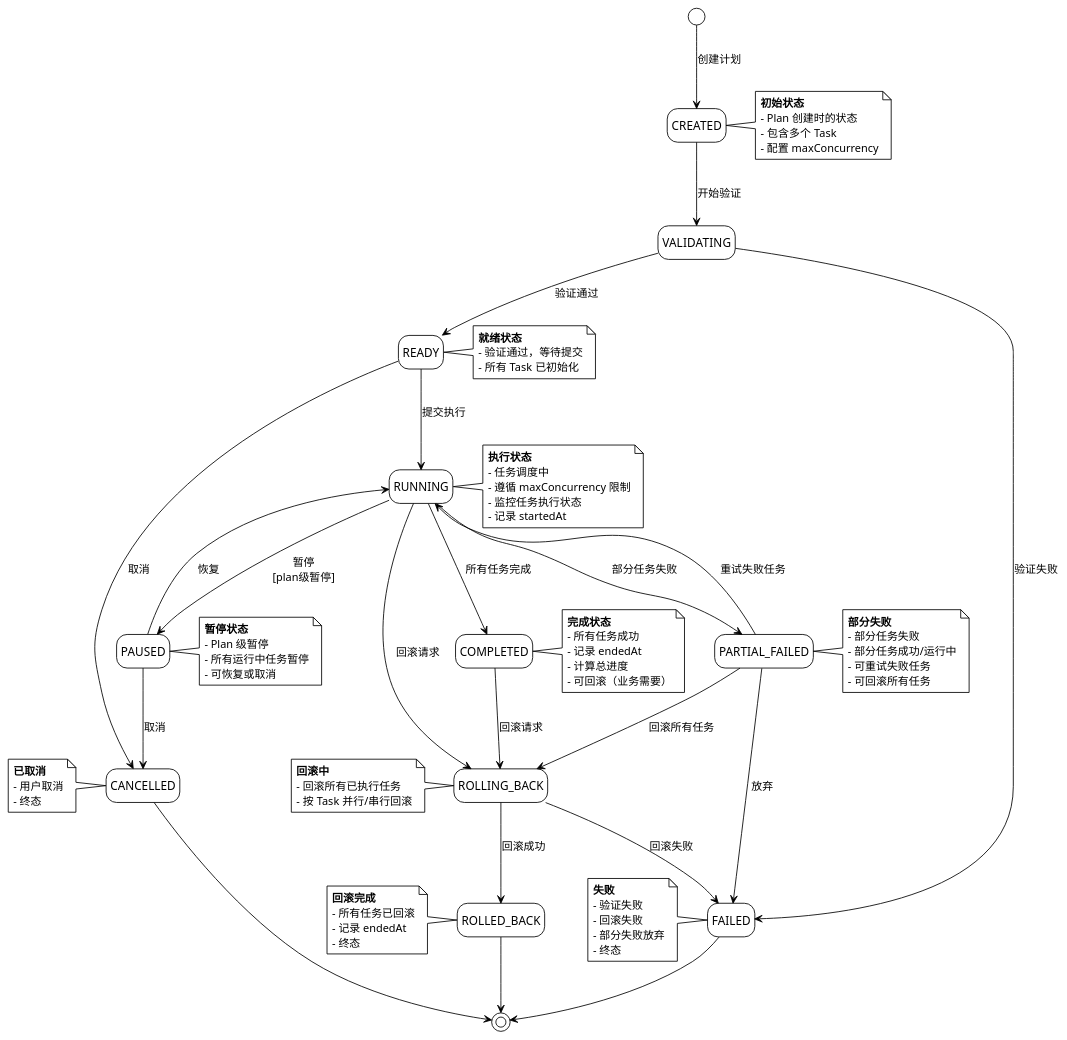
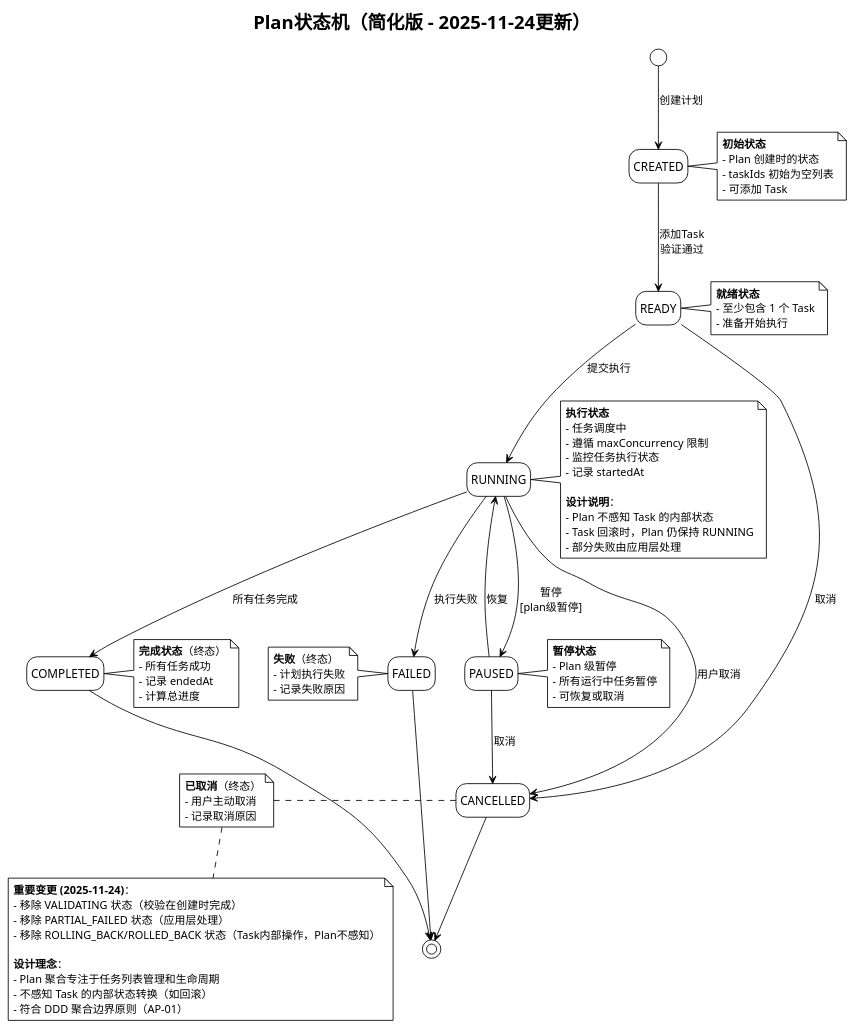
One commit to firestige/executor-demo changed the diagram in diagrams/07_state_plan.puml. Above: the diagram before and after it, drawn with PlantUML. The commit also changed 15 other files, not shown here.

```diff
--- a/diagrams/07_state_plan.puml
+++ b/diagrams/07_state_plan.puml
@@ -1,107 +1,90 @@
 @startuml Plan状态机
 !theme plain
 hide empty description
 
+title Plan状态机（简化版 - 2025-11-24更新）
+
 [*] --> CREATED : 创建计划
 
-CREATED --> VALIDATING : 开始验证
-
-VALIDATING --> FAILED : 验证失败
-VALIDATING --> READY : 验证通过
+CREATED --> READY : 添加Task\n验证通过
 
 READY --> RUNNING : 提交执行
 READY --> CANCELLED : 取消
 
 RUNNING --> PAUSED : 暂停\n[plan级暂停]
-RUNNING --> PARTIAL_FAILED : 部分任务失败
 RUNNING --> COMPLETED : 所有任务完成
-RUNNING --> ROLLING_BACK : 回滚请求
+RUNNING --> FAILED : 执行失败
+RUNNING --> CANCELLED : 用户取消
 
 PAUSED --> RUNNING : 恢复
 PAUSED --> CANCELLED : 取消
 
-PARTIAL_FAILED --> RUNNING : 重试失败任务
-PARTIAL_FAILED --> ROLLING_BACK : 回滚所有任务
-PARTIAL_FAILED --> FAILED : 放弃
-
-COMPLETED --> ROLLING_BACK : 回滚请求
-
-ROLLING_BACK --> ROLLED_BACK : 回滚成功
-ROLLING_BACK --> FAILED : 回滚失败
-
-ROLLED_BACK --> [*]
+COMPLETED --> [*]
 FAILED --> [*]
 CANCELLED --> [*]
 
 note right of CREATED
   **初始状态**
   - Plan 创建时的状态
-  - 包含多个 Task
-  - 配置 maxConcurrency
+  - taskIds 初始为空列表
+  - 可添加 Task
 end note
 
 note right of READY
   **就绪状态**
-  - 验证通过，等待提交
-  - 所有 Task 已初始化
+  - 至少包含 1 个 Task
+  - 准备开始执行
 end note
 
 note right of RUNNING
   **执行状态**
   - 任务调度中
   - 遵循 maxConcurrency 限制
   - 监控任务执行状态
   - 记录 startedAt
+
+  **设计说明**：
+  - Plan 不感知 Task 的内部状态
+  - Task 回滚时，Plan 仍保持 RUNNING
+  - 部分失败由应用层处理
 end note
 
 note right of PAUSED
   **暂停状态**
   - Plan 级暂停
   - 所有运行中任务暂停
   - 可恢复或取消
 end note
 
-note right of PARTIAL_FAILED
-  **部分失败**
-  - 部分任务失败
-  - 部分任务成功/运行中
-  - 可重试失败任务
-  - 可回滚所有任务
-end note
-
 note right of COMPLETED
-  **完成状态**
+  **完成状态**（终态）
   - 所有任务成功
   - 记录 endedAt
   - 计算总进度
-  - 可回滚（业务需要）
-end note
-
-note left of ROLLING_BACK
-  **回滚中**
-  - 回滚所有已执行任务
-  - 按 Task 并行/串行回滚
-end note
-
-note left of ROLLED_BACK
-  **回滚完成**
-  - 所有任务已回滚
-  - 记录 endedAt
-  - 终态
 end note
 
 note left of FAILED
-  **失败**
-  - 验证失败
-  - 回滚失败
-  - 部分失败放弃
-  - 终态
+  **失败**（终态）
+  - 计划执行失败
+  - 记录失败原因
 end note
 
 note left of CANCELLED
-  **已取消**
-  - 用户取消
-  - 终态
+  **已取消**（终态）
+  - 用户主动取消
+  - 记录取消原因
+end note
+
+note bottom
+  **重要变更 (2025-11-24)**：
+  - 移除 VALIDATING 状态（校验在创建时完成）
+  - 移除 PARTIAL_FAILED 状态（应用层处理）
+  - 移除 ROLLING_BACK/ROLLED_BACK 状态（Task内部操作，Plan不感知）
+
+  **设计理念**：
+  - Plan 聚合专注于任务列表管理和生命周期
+  - 不感知 Task 的内部状态转换（如回滚）
+  - 符合 DDD 聚合边界原则（AP-01）
 end note
 
 @enduml
```
